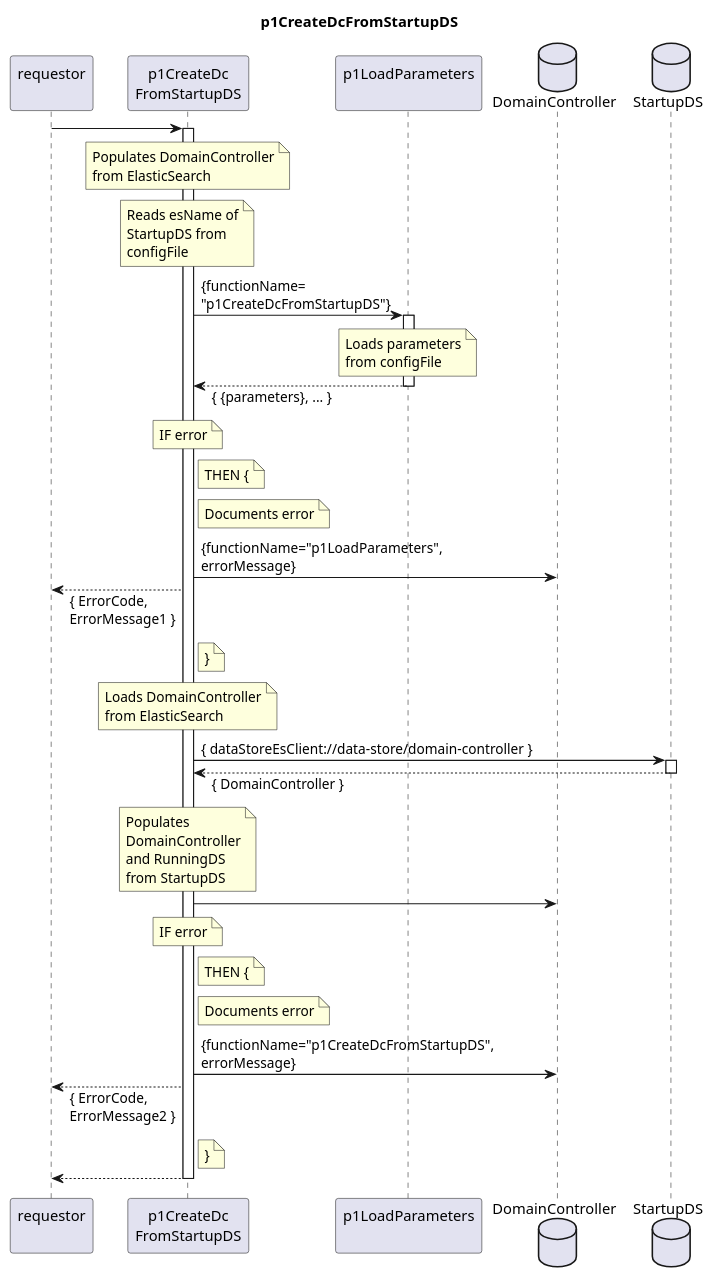
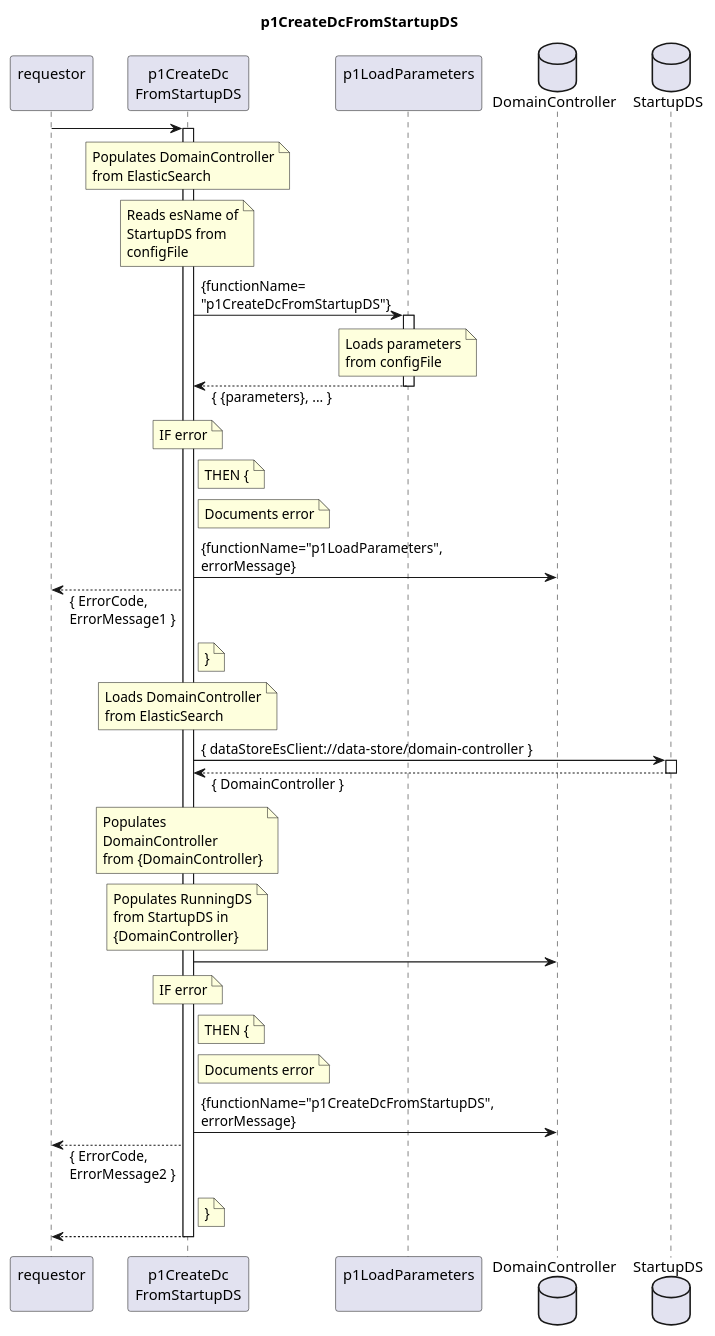
One commit to openBackhaul/FirmWareManager changed the diagram in spec/Functions/Administrative/p1CreateDcFromStartupDS/1.0.0/p1CreateDcFromStartupDS.plantuml. Above: the diagram before and after it, drawn with PlantUML. The commit also changed 10 other files, not shown here.

```diff
--- a/spec/Functions/Administrative/p1CreateDcFromStartupDS/1.0.0/p1CreateDcFromStartupDS.plantuml
+++ b/spec/Functions/Administrative/p1CreateDcFromStartupDS/1.0.0/p1CreateDcFromStartupDS.plantuml
@@ -1,82 +1,86 @@
 @startuml p1CreateDcFromStartupDS
 skinparam responseMessageBelowArrow true
 
 title
   p1CreateDcFromStartupDS
 end title
 
 participant "requestor\n" as requestor
 participant "p1CreateDc\nFromStartupDS" as p1CDCFS
 participant "p1LoadParameters\n" as p1LP
 database "DomainController" as DC
 database "StartupDS" as StartDS
 
 requestor -> p1CDCFS
 activate p1CDCFS
   note over p1CDCFS
     Populates DomainController
     from ElasticSearch
   end note
 
   note over p1CDCFS
     Reads esName of
     StartupDS from
     configFile
   end note
   p1CDCFS -> p1LP : {functionName=\n"p1CreateDcFromStartupDS"}
   activate p1LP
     note over p1LP
       Loads parameters
       from configFile
     end note
   p1CDCFS <-- p1LP : { {parameters}, ... }
   deactivate p1LP
   note over p1CDCFS
     IF error
   end note
   note right p1CDCFS
     THEN {
   end note
   note right p1CDCFS
     Documents error
   end note
   p1CDCFS -> DC : {functionName="p1LoadParameters",\nerrorMessage}
   requestor <-- p1CDCFS : { ErrorCode,\nErrorMessage1 }
   note right p1CDCFS
     }
   end note
 
   note over p1CDCFS
     Loads DomainController
     from ElasticSearch
   end note
   p1CDCFS -> StartDS: { dataStoreEsClient://data-store/domain-controller }
   activate StartDS
   p1CDCFS <-- StartDS: { DomainController }
   deactivate StartDS
 
   note over p1CDCFS
     Populates
     DomainController
-    and RunningDS
-    from StartupDS
+    from {DomainController}
+  end note
+  note over p1CDCFS
+    Populates RunningDS
+    from StartupDS in
+    {DomainController}
   end note
   p1CDCFS -> DC
   note over p1CDCFS
     IF error
   end note
   note right p1CDCFS
     THEN {
   end note
   note right p1CDCFS
     Documents error
   end note
   p1CDCFS -> DC : {functionName="p1CreateDcFromStartupDS",\nerrorMessage}
   requestor <-- p1CDCFS : { ErrorCode,\nErrorMessage2 }
   note right p1CDCFS
     }
   end note
 requestor <-- p1CDCFS
 deactivate p1CDCFS
 
 @enduml
```
